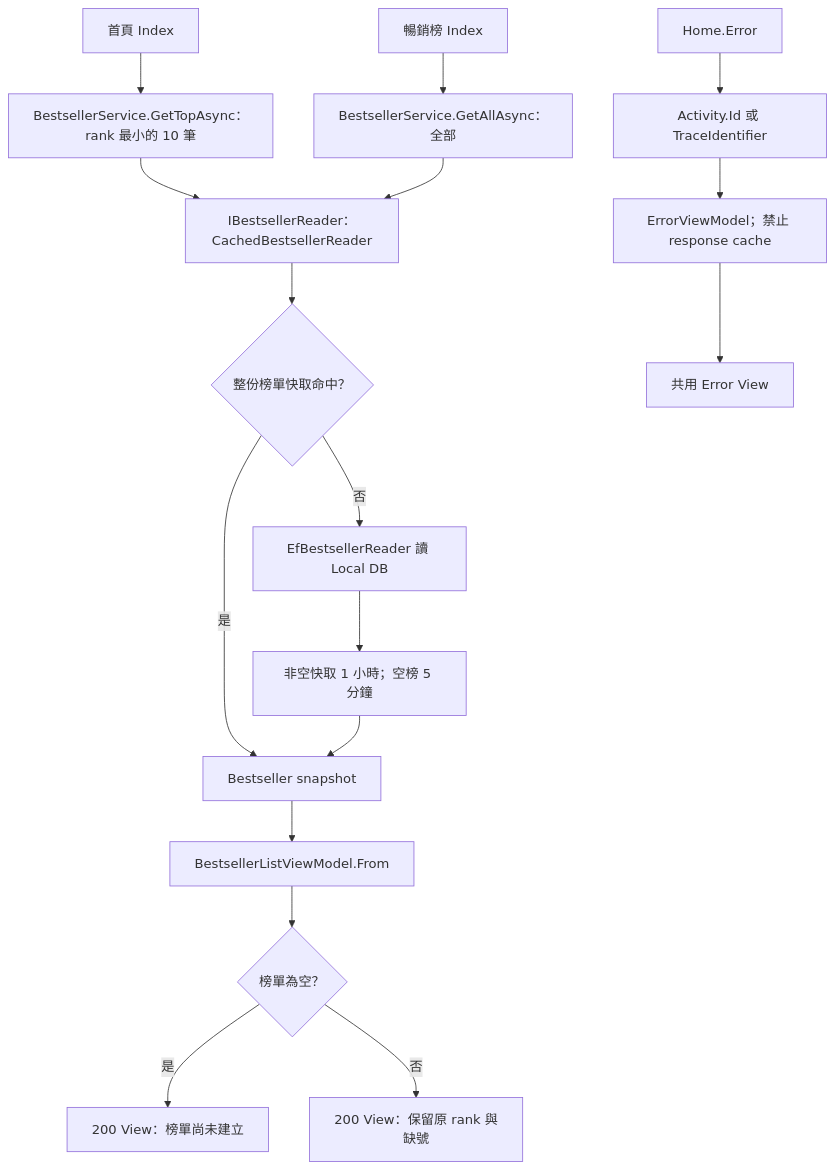
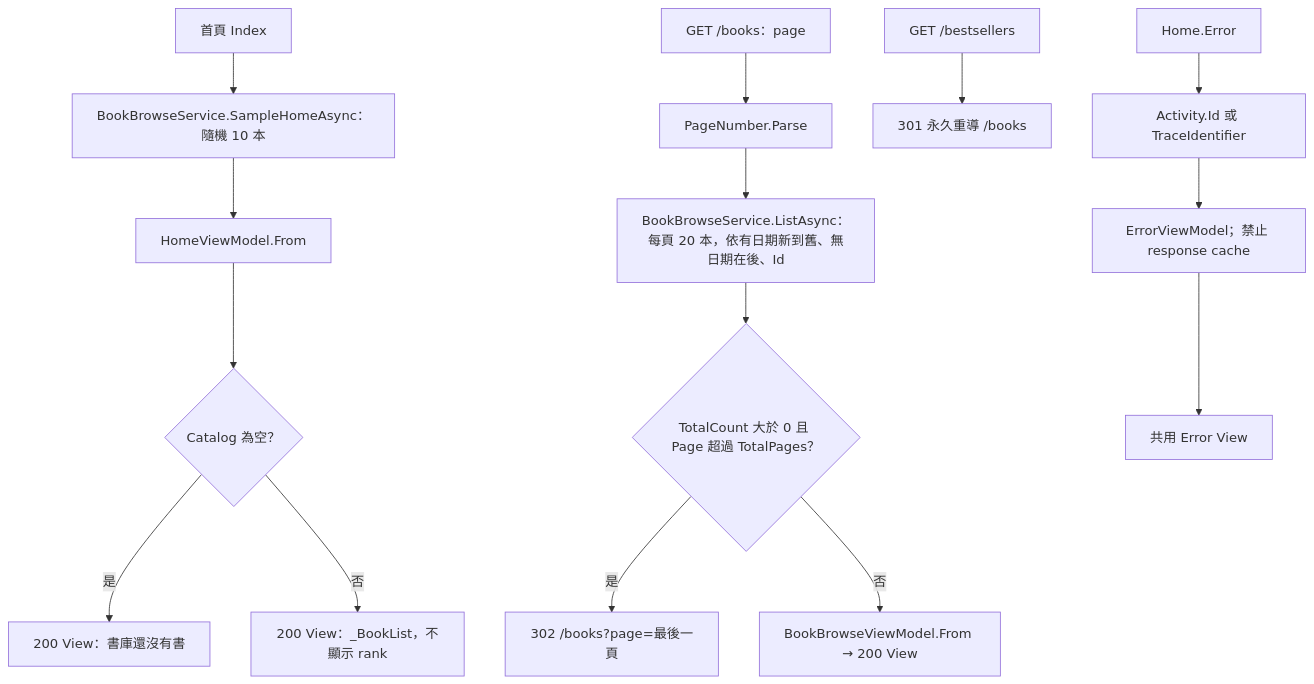
Before and after one commit to Arthur801/Book-Finder: the second of 8 diagrams in Controllers/docs/workflow-diagram.md, drawn with Mermaid. The commit also changed other lines of this file and 17 other files, not shown here.

````diff
--- a/Controllers/docs/workflow-diagram.md
+++ b/Controllers/docs/workflow-diagram.md
@@ -49,19 +49,17 @@
 ```mermaid
 flowchart TD
-    HOME[首頁 Index] --> TOP[BestsellerService.GetTopAsync：rank 最小的 10 筆]
-    BEST[暢銷榜 Index] --> ALL[BestsellerService.GetAllAsync：全部]
-    TOP --> CACHE[IBestsellerReader：CachedBestsellerReader]
-    ALL --> CACHE
-    CACHE --> HIT{整份榜單快取命中？}
-    HIT -->|是| SNAP[Bestseller snapshot]
-    HIT -->|否| DB[EfBestsellerReader 讀 Local DB]
-    DB --> SAVE[非空快取 1 小時；空榜 5 分鐘]
-    SAVE --> SNAP
-    SNAP --> VM[BestsellerListViewModel.From]
-    VM --> EMPTY{榜單為空？}
-    EMPTY -->|是| EM[200 View：榜單尚未建立]
-    EMPTY -->|否| ROW[200 View：保留原 rank 與缺號]
+    HOME[首頁 Index] --> SAMPLE[BookBrowseService.SampleHomeAsync：隨機 10 本]
+    SAMPLE --> HVM[HomeViewModel.From]
+    HVM --> HEMPTY{Catalog 為空？}
+    HEMPTY -->|是| HEM[200 View：書庫還沒有書]
+    HEMPTY -->|否| HROW[200 View：_BookList，不顯示 rank]
+    BOOKS[GET /books：page] --> BP[PageNumber.Parse]
+    BP --> LIST[BookBrowseService.ListAsync：每頁 20 本，依有日期新到舊、無日期在後、Id]
+    LIST --> OVER{TotalCount 大於 0 且 Page 超過 TotalPages？}
+    OVER -->|是| BREDIR[302 /books?page=最後一頁]
+    OVER -->|否| BVM[BookBrowseViewModel.From → 200 View]
+    BEST[GET /bestsellers] --> R301[301 永久重導 /books]
     ERR[Home.Error] --> ID[Activity.Id 或 TraceIdentifier]
     ID --> EV[ErrorViewModel；禁止 response cache]
     EV --> ER[共用 Error View]
 ```
````
